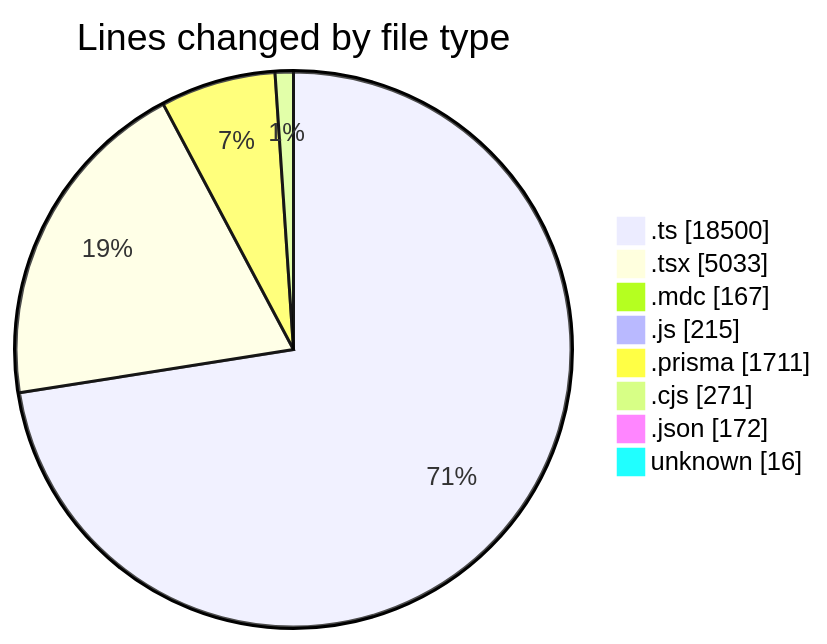
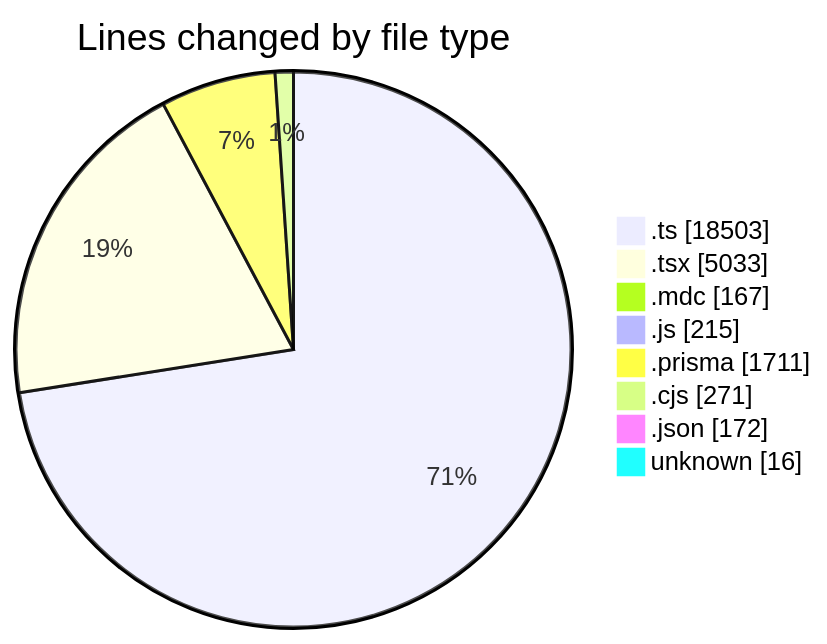
One commit to CELIANVF/code-tracking changed the first of 2 diagrams in 2025-06-06/ecodeli-1/README.md. Above: the diagram before and after it, drawn with Mermaid. The commit also changed other lines of this file and 1 other file, not shown here.

````diff
--- a/2025-06-06/ecodeli-1/README.md
+++ b/2025-06-06/ecodeli-1/README.md
@@ -95,12 +95,12 @@
 ```mermaid
 pie showData
 title Lines changed by file type
-".ts" : 18500
+".ts" : 18503
 ".tsx" : 5033
 ".mdc" : 167
 ".js" : 215
 ".prisma" : 1711
 ".cjs" : 271
 ".json" : 172
 "unknown" : 16
 ```
````
